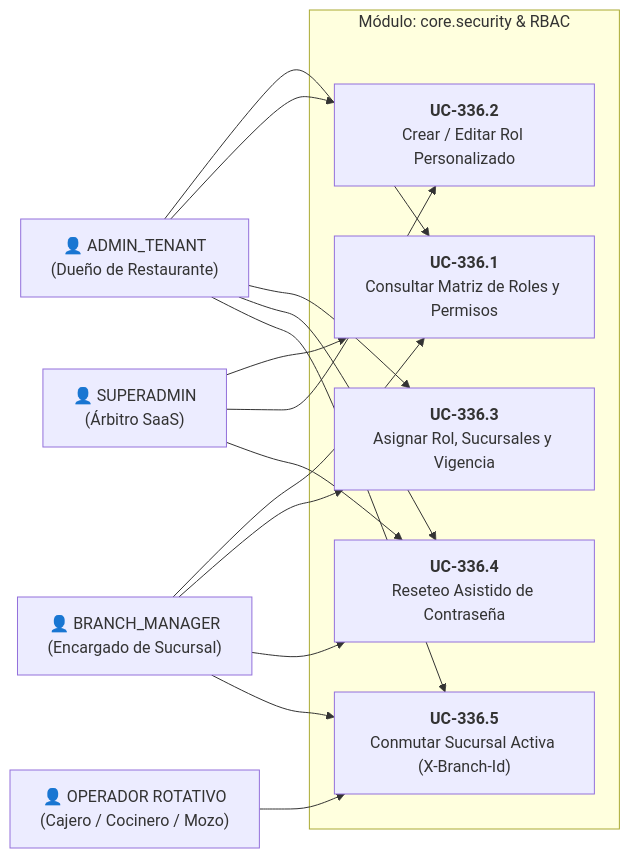
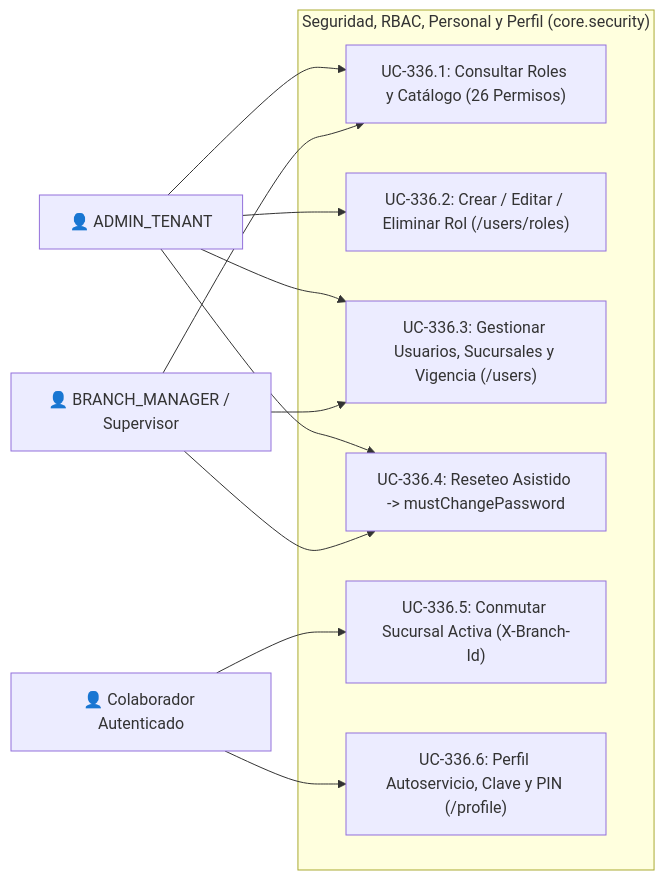
Before and after one commit to vakajose/gestion-restaurante: the diagram in docs/project/architecture/03-use-cases/use_cases_rbac.md, drawn with Mermaid. The commit also changed other lines of this file and 156 other files, not shown here.

````diff
--- a/docs/project/architecture/03-use-cases/use_cases_rbac.md
+++ b/docs/project/architecture/03-use-cases/use_cases_rbac.md
@@ -38,32 +38,25 @@
 ```mermaid
 flowchart LR
-    AT["👤 ADMIN_TENANT<br/>(Dueño de Restaurante)"]
-    BM["👤 BRANCH_MANAGER<br/>(Encargado de Sucursal)"]
-    SA["👤 SUPERADMIN<br/>(Árbitro SaaS)"]
-    OP["👤 OPERADOR ROTATIVO<br/>(Cajero / Cocinero / Mozo)"]
+    Admin["👤 ADMIN_TENANT"]
+    Manager["👤 BRANCH_MANAGER / Supervisor"]
+    Staff["👤 Colaborador Autenticado"]
 
-    subgraph ModRBAC ["Módulo: core.security & RBAC"]
-        UC1["<b>UC-336.1</b><br/>Consultar Matriz de Roles y Permisos"]
-        UC2["<b>UC-336.2</b><br/>Crear / Editar Rol Personalizado"]
-        UC3["<b>UC-336.3</b><br/>Asignar Rol, Sucursales y Vigencia"]
-        UC4["<b>UC-336.4</b><br/>Reseteo Asistido de Contraseña"]
-        UC5["<b>UC-336.5</b><br/>Conmutar Sucursal Activa (X-Branch-Id)"]
+    subgraph Mod_RBAC["Seguridad, RBAC, Personal y Perfil (core.security)"]
+        UC1["UC-336.1: Consultar Roles y Catálogo (26 Permisos)"]
+        UC2["UC-336.2: Crear / Editar / Eliminar Rol (/users/roles)"]
+        UC3["UC-336.3: Gestionar Usuarios, Sucursales y Vigencia (/users)"]
+        UC4["UC-336.4: Reseteo Asistido -> mustChangePassword"]
+        UC5["UC-336.5: Conmutar Sucursal Activa (X-Branch-Id)"]
+        UC6["UC-336.6: Perfil Autoservicio, Clave y PIN (/profile)"]
     end
 
-    AT --> UC1
-    AT --> UC2
-    AT --> UC3
-    AT --> UC4
-    AT --> UC5
-
-    BM --> UC1
-    BM --> UC3
-    BM --> UC4
-    BM --> UC5
-
-    SA --> UC1
-    SA --> UC2
-    SA --> UC4
-
-    OP --> UC5
+    Admin --> UC1
+    Admin --> UC2
+    Admin --> UC3
+    Admin --> UC4
+    Manager --> UC1
+    Manager --> UC3
+    Manager --> UC4
+    Staff --> UC5
+    Staff --> UC6
 ```
````
